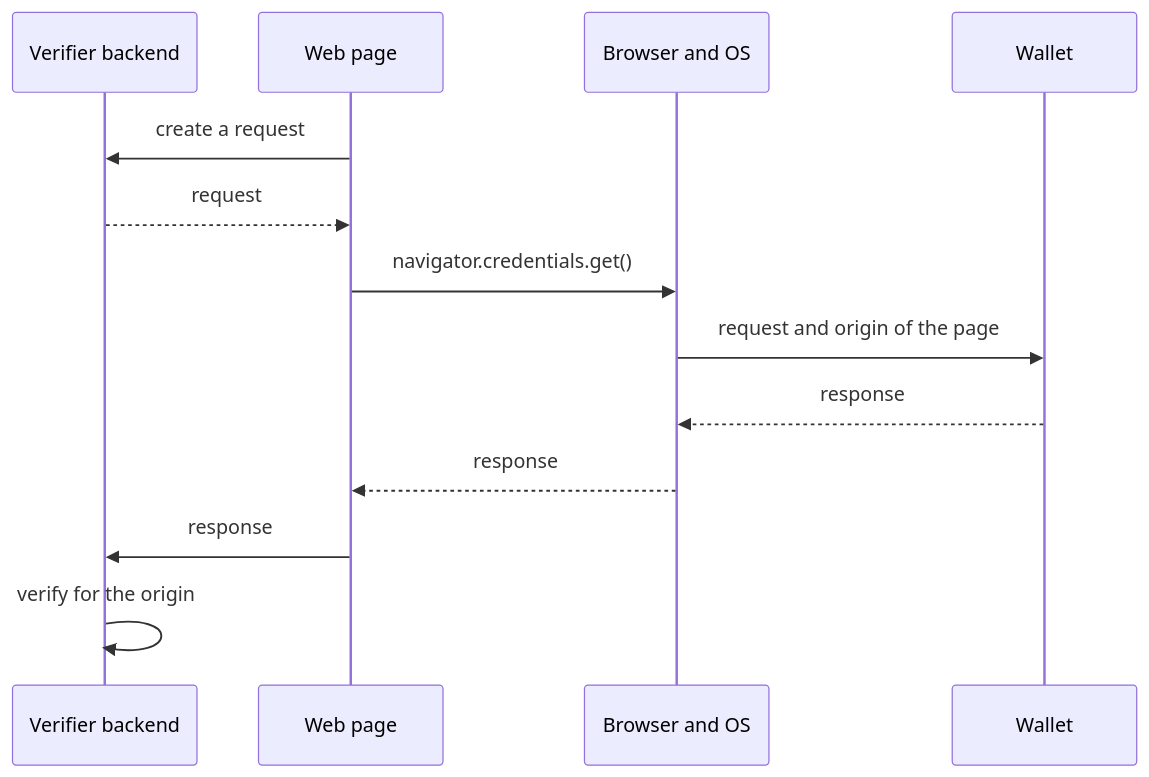
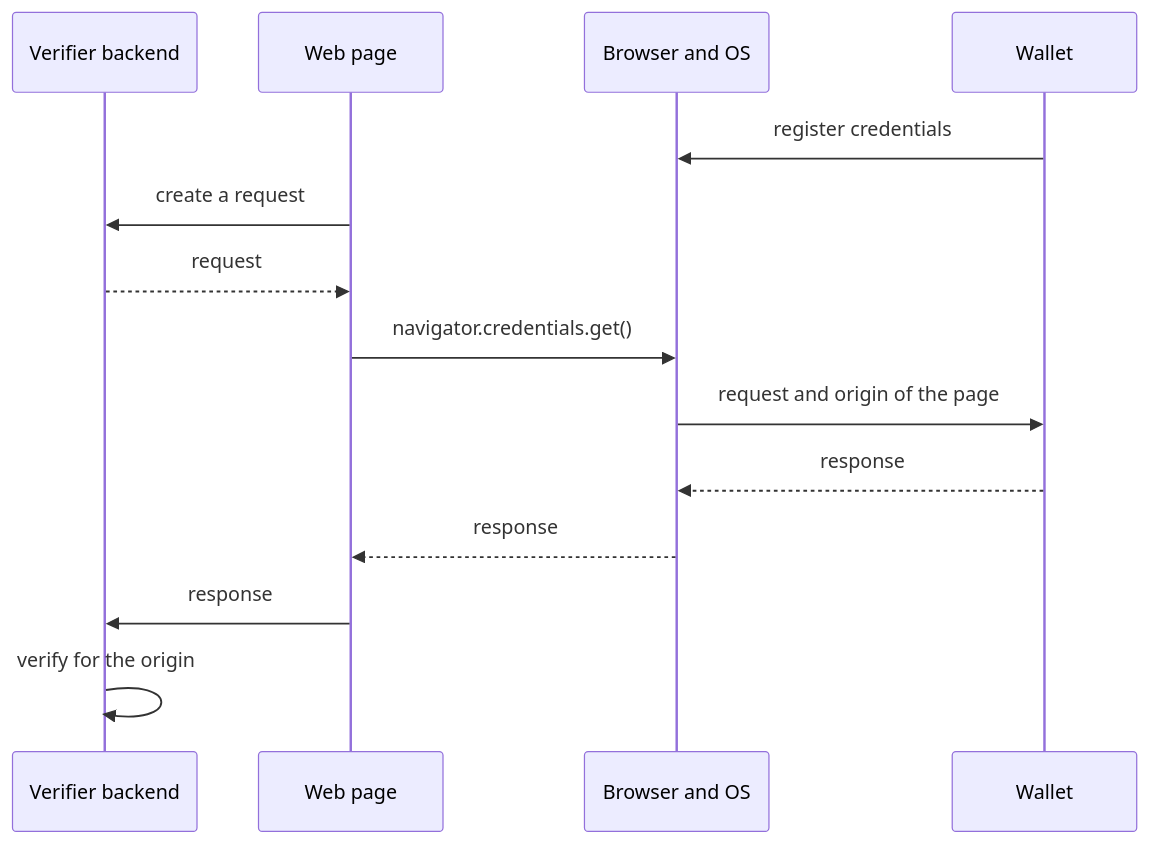
The diagram in versioned_docs/version-0.7/protocols/openid4vc/dc-api.mdx (openwallet-foundation/credo-ts-docs), drawn with Mermaid before and after one commit. The commit also changed other lines of this file and 37 other files, not shown here.

````diff
--- a/versioned_docs/version-0.7/protocols/openid4vc/dc-api.mdx
+++ b/versioned_docs/version-0.7/protocols/openid4vc/dc-api.mdx
@@ -10,15 +10,16 @@
 ```mermaid
 sequenceDiagram
   participant Backend as Verifier backend
   participant Page as Web page
   participant Browser as Browser and OS
   participant Wallet
+  Wallet->>Browser: register credentials
   Page->>Backend: create a request
   Backend-->>Page: request
   Page->>Browser: navigator.credentials.get()
   Browser->>Wallet: request and origin of the page
   Wallet-->>Browser: response
   Browser-->>Page: response
   Page->>Backend: response
   Backend->>Backend: verify for the origin
 ```
````
